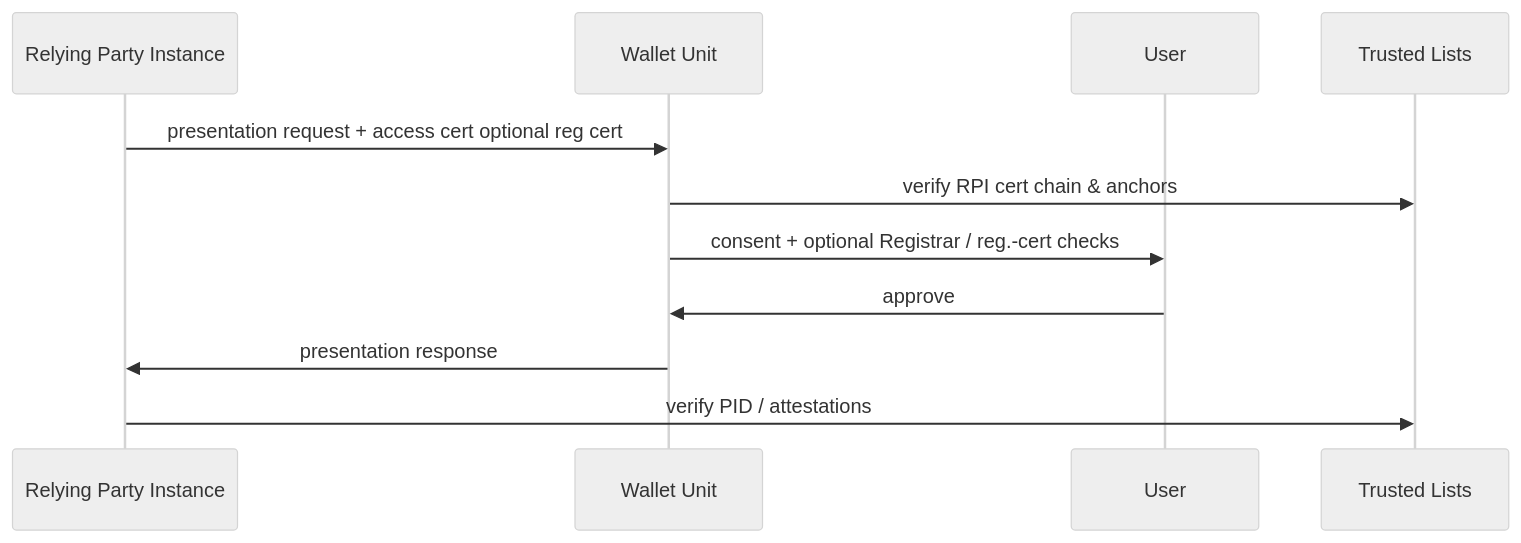
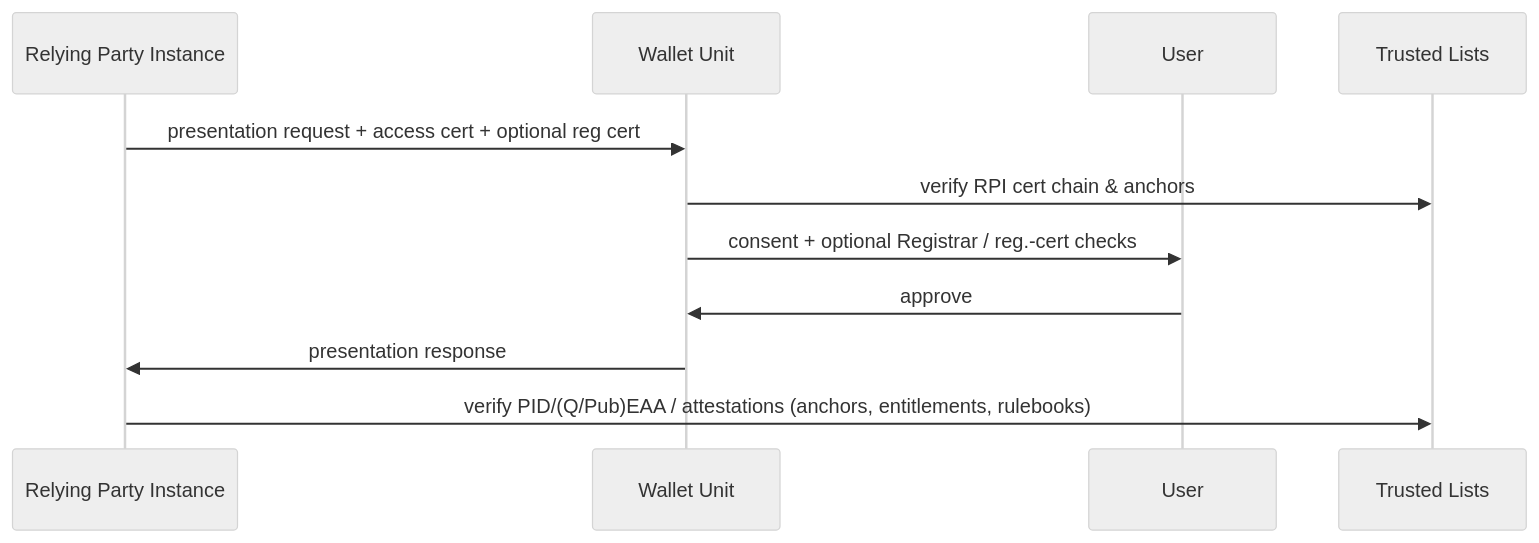
The diagram in trust-management-eudi-wallet/diagrams/d10-presenting.mmd (peppelinux/Wallet-Presentations), drawn with Mermaid before and after one commit. The commit also changed 8 other files, not shown here.

```diff
--- a/trust-management-eudi-wallet/diagrams/d10-presenting.mmd
+++ b/trust-management-eudi-wallet/diagrams/d10-presenting.mmd
@@ -1,12 +1,12 @@
 %%{init: {'theme': 'neutral', 'themeVariables': { 'fontSize': '17px'}}}%%
 sequenceDiagram
   participant RPI as Relying Party Instance
   participant W as Wallet Unit
   participant U as User
   participant TL as Trusted Lists
-  RPI->>W: presentation request + access cert optional reg cert
+  RPI->>W: presentation request + access cert + optional reg cert
   W->>TL: verify RPI cert chain & anchors
   W->>U: consent + optional Registrar / reg.-cert checks
   U->>W: approve
   W->>RPI: presentation response
-  RPI->>TL: verify PID / attestations
+  RPI->>TL: verify PID/(Q/Pub)EAA / attestations (anchors, entitlements, rulebooks)
```
